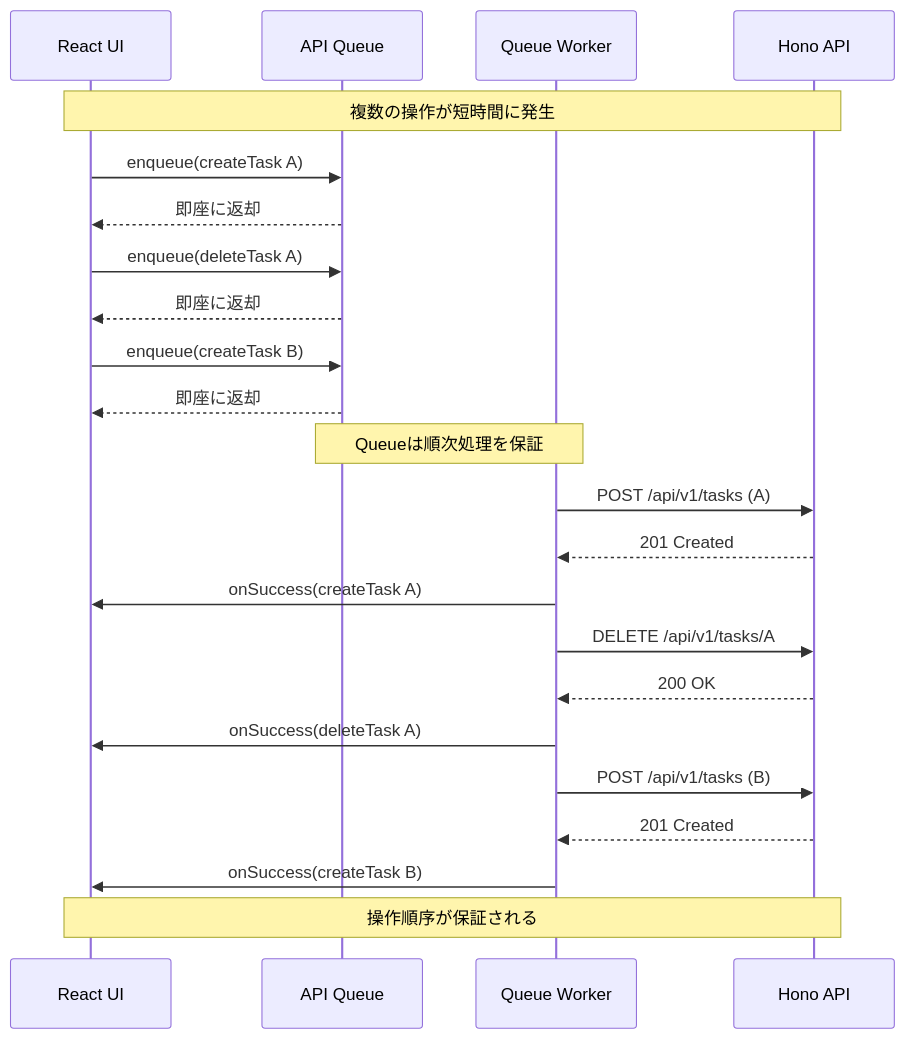
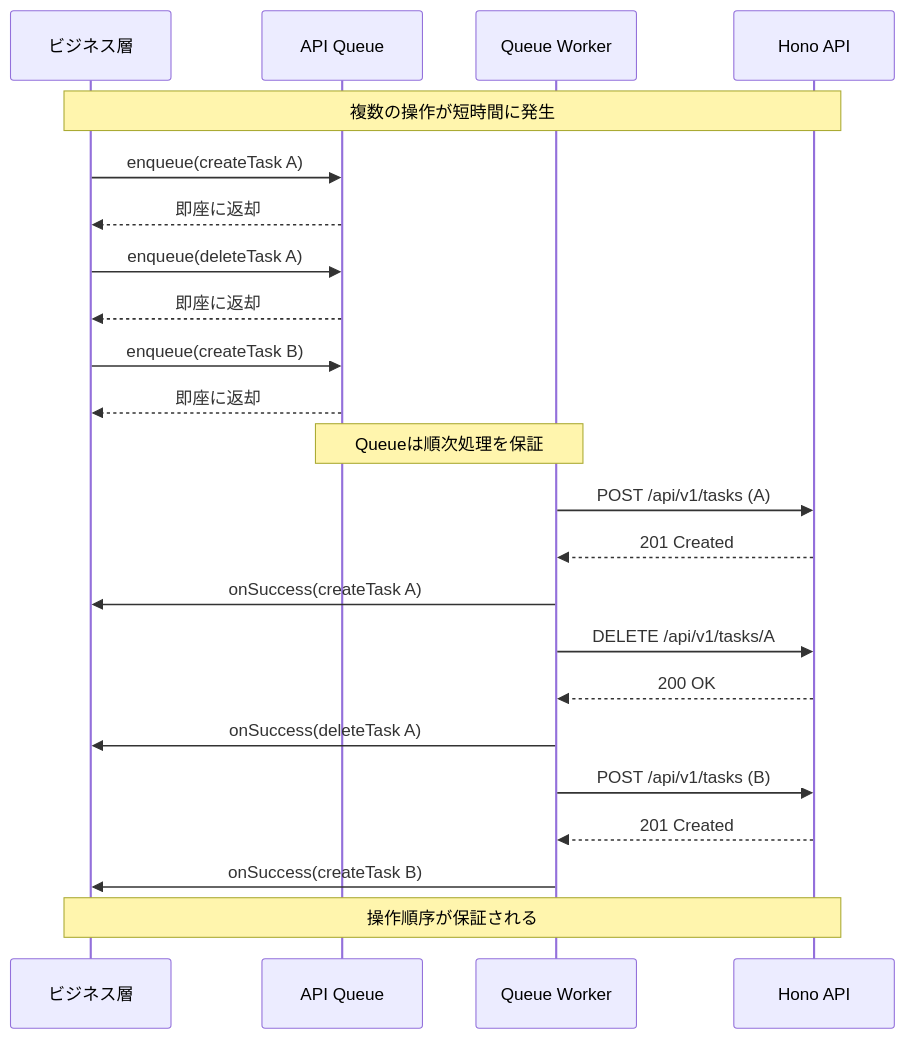
The seventh of 7 diagrams in doc/05_05_FUNCTIONAL_SPEC.md (osawa-naotaka/vanishtodo), drawn with Mermaid before and after one commit. The commit also changed other lines of this file and 1 other file, not shown here.

Commit message:
機能仕様書の状態遷移図を簡略化、機能仕様を一部記述方法修正。アーキテクチャの競合解決ポリシーを記述。

````diff
--- a/doc/05_05_FUNCTIONAL_SPEC.md
+++ b/doc/05_05_FUNCTIONAL_SPEC.md
@@ -430,32 +246,32 @@
 ```mermaid
 sequenceDiagram
-    participant UI as React UI
+    participant UI as ビジネス層
     participant Queue as API Queue
     participant Worker as Queue Worker
     participant API as Hono API
     
     Note over UI,API: 複数の操作が短時間に発生
     
     UI->>Queue: enqueue(createTask A)
     Queue-->>UI: 即座に返却
     UI->>Queue: enqueue(deleteTask A)
     Queue-->>UI: 即座に返却
     UI->>Queue: enqueue(createTask B)
     Queue-->>UI: 即座に返却
     
     Note over Queue,Worker: Queueは順次処理を保証
     
     Worker->>API: POST /api/v1/tasks (A)
     API-->>Worker: 201 Created
     Worker->>UI: onSuccess(createTask A)
     
     Worker->>API: DELETE /api/v1/tasks/A
     API-->>Worker: 200 OK
     Worker->>UI: onSuccess(deleteTask A)
     
     Worker->>API: POST /api/v1/tasks (B)
     API-->>Worker: 201 Created
     Worker->>UI: onSuccess(createTask B)
     
     Note over UI,API: 操作順序が保証される
 ```
````
